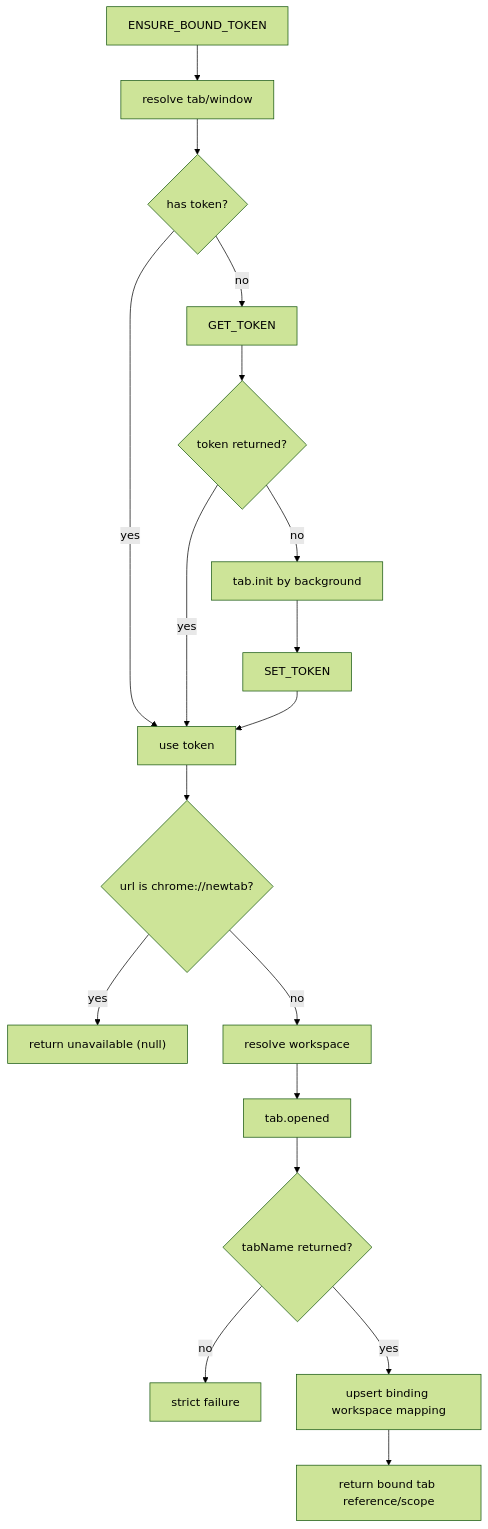
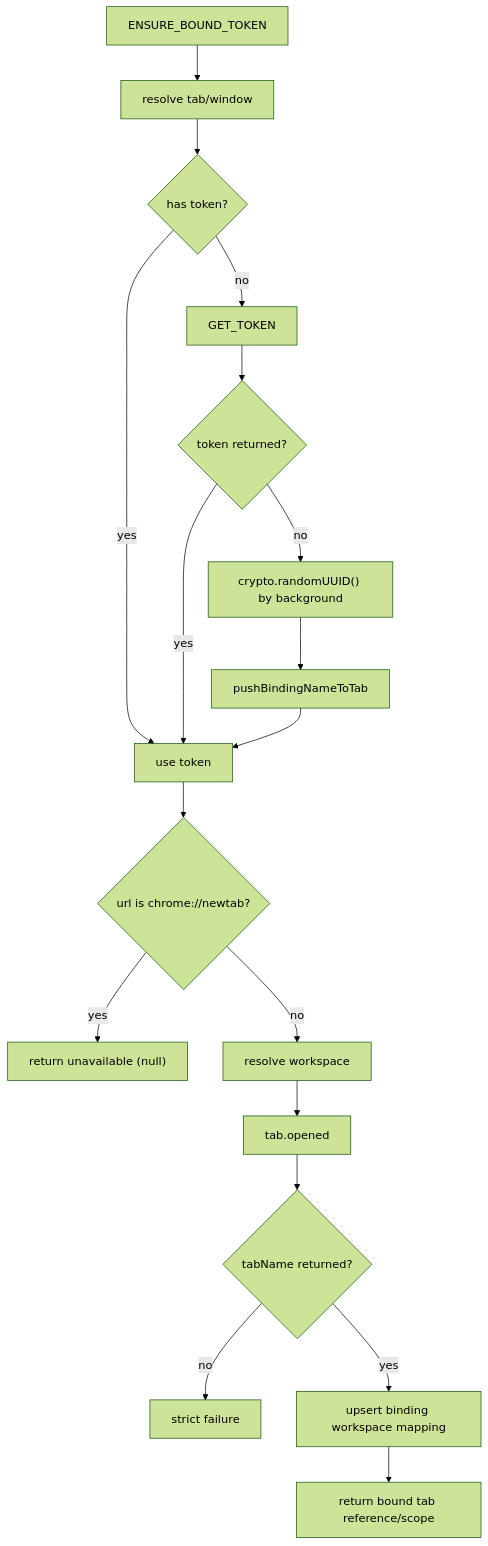
Before and after one commit to Aromatic05/rpa-browser: the second of 3 diagrams in docs/Runtime/WorkspaceAndTab.md, drawn with Mermaid (forest theme). The commit also changed other lines of this file and 12 other files, not shown here.

````diff
--- a/docs/Runtime/WorkspaceAndTab.md
+++ b/docs/Runtime/WorkspaceAndTab.md
@@ -95,21 +98,21 @@
 ```mermaid
 flowchart TD
   A["ENSURE_BOUND_TOKEN"] --> B["resolve tab/window"]
   B --> C{"has token?"}
   C -- yes --> D["use token"]
   C -- no --> E["GET_TOKEN"]
   E --> F{"token returned?"}
   F -- yes --> D
-  F -- no --> G["tab.init by background"]
-  G --> H["SET_TOKEN"]
+  F -- no --> G["crypto.randomUUID() by background"]
+  G --> H["pushBindingNameToTab"]
   H --> D
 
   D --> I{"url is chrome://newtab?"}
   I -- yes --> J["return unavailable (null)"]
   I -- no --> K["resolve workspace"]
   K --> L["tab.opened"]
   L --> M{"tabName returned?"}
   M -- no --> N["strict failure"]
   M -- yes --> O["upsert binding workspace mapping"]
   O --> P["return bound tab reference/scope"]
 ```
````
